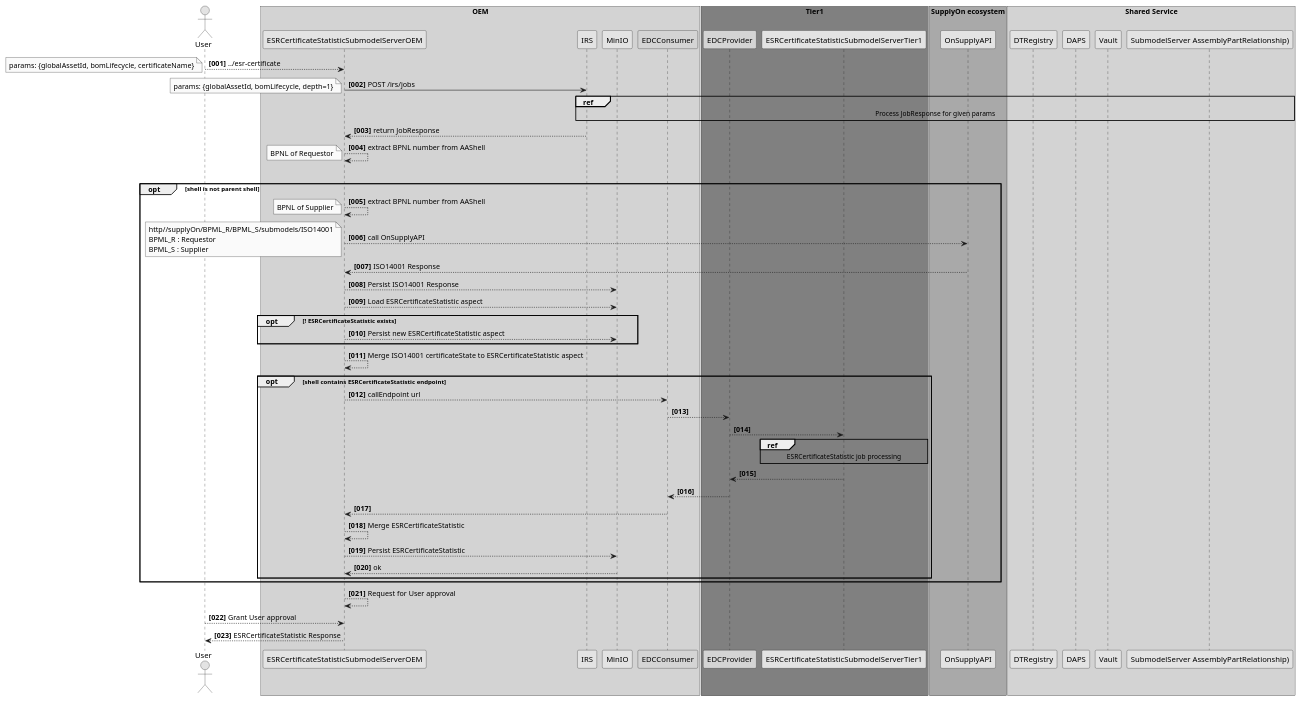
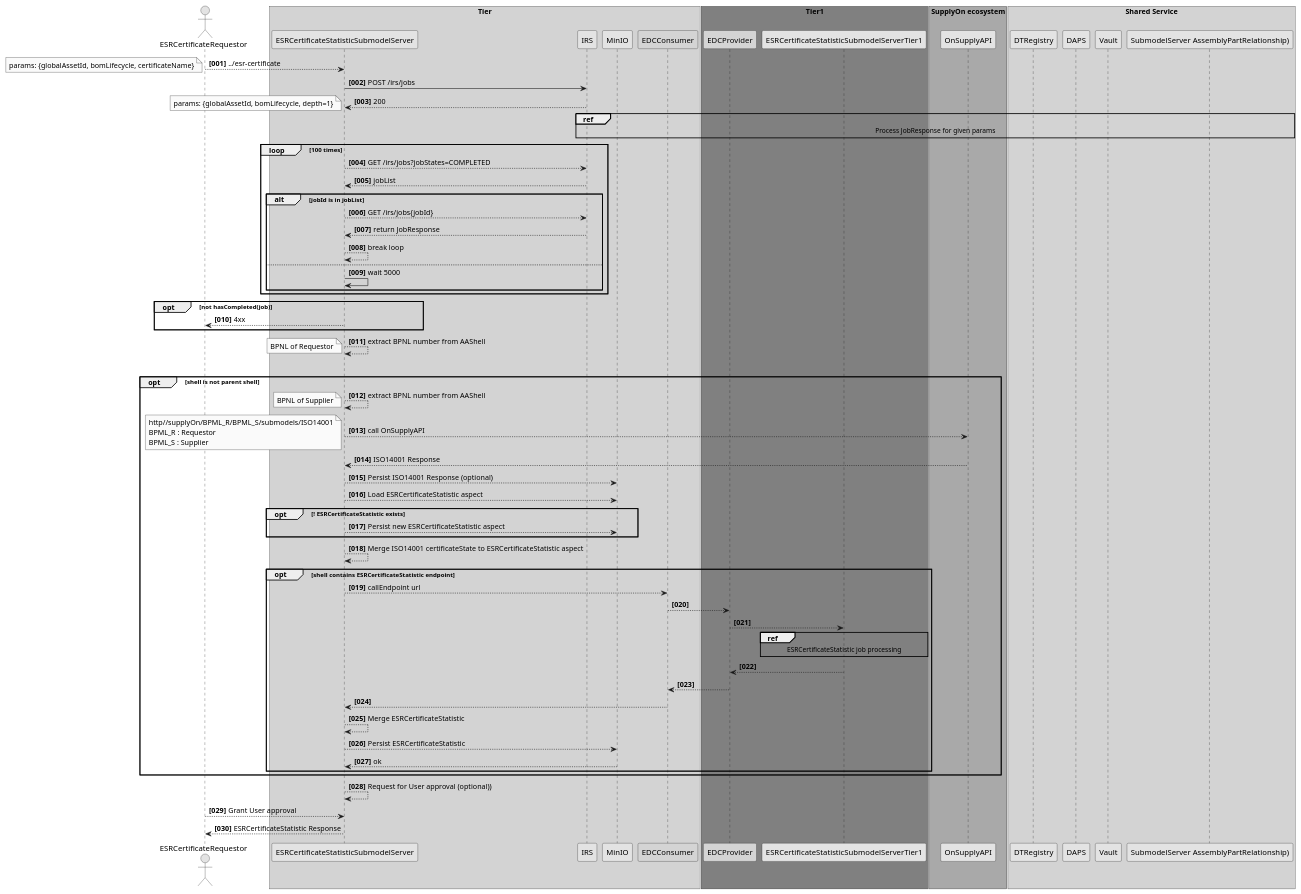
The diagram in uml-diagrams/spike/esr-certificates/esr-certificate-sequence-traverse_childs.puml (eclipse-tractusx/item-relationship-service), drawn with PlantUML before and after one commit. The commit also changed 3 other files, not shown here.

Commit message:
chore(uml):[TRI-414] add uml for spike

```diff
--- a/uml-diagrams/spike/esr-certificates/esr-certificate-sequence-traverse_childs.puml
+++ b/uml-diagrams/spike/esr-certificates/esr-certificate-sequence-traverse_childs.puml
@@ -1,98 +1,110 @@
 @startuml
 skinparam monochrome true
 skinparam shadowing false
 
 autonumber "<b>[000]"
 
-actor User
+actor "ESRCertificateRequestor" as User
 
-box "OEM" #LightGrey
-participant ESRCertificateStatisticSubmodelServerOEM as ESRSubServer
+box "Tier" #LightGrey
+participant ESRCertificateStatisticSubmodelServer as ESRSubServer
 participant IRS as IRS
 participant MinIO as MinIO
 participant "EDCConsumer" as EDCConsumer #99FF99
 end box
 
 box "Tier1" #Grey
 participant "EDCProvider" as EDCProvider #99FF99
 participant ESRCertificateStatisticSubmodelServerTier1 as ESRSubServerTier1
 end box
 
 User --> ESRSubServer: ../esr-certificate
 note left
 params: {globalAssetId, bomLifecycle, certificateName}
 end note
 ESRSubServer -> IRS : POST /irs/jobs
+ESRSubServer <-- IRS : 200
 note left
 params: {globalAssetId, bomLifecycle, depth=1}
 end note
 ref over IRS, DTRegistry, DAPS, "SubmodelServer AssemblyPartRelationship)"
     Process JobResponse for given params
 end ref
-ESRSubServer <-- IRS : return JobResponse
-
+loop 100 times
+    ESRSubServer --> IRS: GET /irs/jobs?jobStates=COMPLETED
+    ESRSubServer <-- IRS: jobList
+    alt jobId is in jobList
+        ESRSubServer --> IRS: GET /irs/jobs{jobId}
+        ESRSubServer <-- IRS: return JobResponse
+        ESRSubServer --> ESRSubServer: break loop
+     else
+        ESRSubServer -> ESRSubServer : wait 5000
+    end alt
+end loop
+opt not hasCompleted(job)
+    User <--  ESRSubServer : 4xx
+end opt
 
 ESRSubServer --> ESRSubServer: extract BPNL number from AAShell
 note left
     BPNL of Requestor
 end note
 
 loop for each shell()
 opt  shell is not parent shell
    ESRSubServer --> ESRSubServer : extract BPNL number from AAShell
    note left
        BPNL of Supplier
    end note
 
 ESRSubServer -->  OnSupplyAPI : call OnSupplyAPI 
 note left
     http//supplyOn/BPML_R/BPML_S/submodels/ISO14001
     BPML_R : Requestor
     BPML_S : Supplier
 end note
 ESRSubServer <--  OnSupplyAPI : ISO14001 Response
-ESRSubServer --> MinIO : Persist ISO14001 Response
+ESRSubServer --> MinIO : Persist ISO14001 Response (optional)
 ESRSubServer --> MinIO : Load ESRCertificateStatistic aspect
 opt ! ESRCertificateStatistic exists
     ESRSubServer --> MinIO : Persist new ESRCertificateStatistic aspect
 end opt
 ESRSubServer --> ESRSubServer : Merge ISO14001 certificateState to ESRCertificateStatistic aspect
 
 opt shell contains ESRCertificateStatistic endpoint
     ESRSubServer --> EDCConsumer :  callEndpoint url
     EDCConsumer --> EDCProvider
     EDCProvider --> ESRSubServerTier1
     ref over ESRSubServerTier1
         ESRCertificateStatistic job processing
     end ref
     EDCProvider <-- ESRSubServerTier1
     EDCConsumer <-- EDCProvider
     ESRSubServer <-- EDCConsumer
     ESRSubServer --> ESRSubServer : Merge ESRCertificateStatistic
     ESRSubServer --> MinIO : Persist ESRCertificateStatistic
     ESRSubServer <-- MinIO : ok
 end opt
 
 
 
 end loop
 
-ESRSubServer --> ESRSubServer : Request for User approval
+ESRSubServer --> ESRSubServer : Request for User approval (optional))
 User -->  ESRSubServer: Grant User approval
 
 box "SupplyOn ecosystem" #DarkGrey
 participant OnSupplyAPI
 end box
 
 box "Shared Service" #LightGrey
 
 participant DTRegistry
 participant DAPS
 participant Vault
 participant "SubmodelServer AssemblyPartRelationship)"
 end box
 
-
 User <-- ESRSubServer: ESRCertificateStatistic Response
 
 @enduml
```
